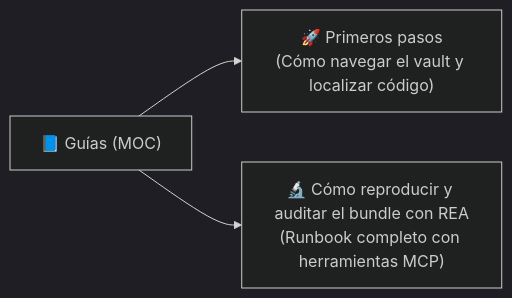
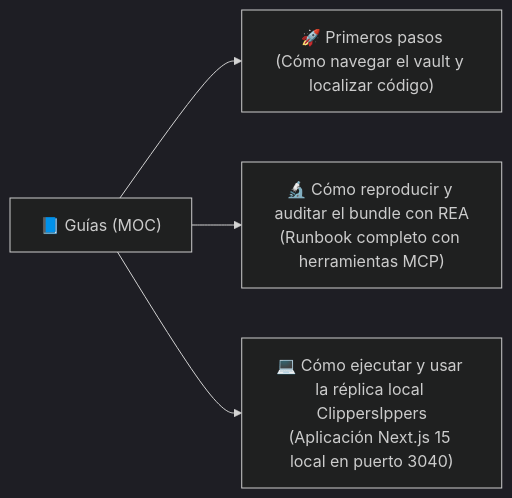
One commit to SebzSGC/Doc-Projects changed the diagram in ClippersIppers/50 - Guías/Guías.md. Above: the diagram before and after it, drawn with Mermaid (dark theme). The commit also changed other lines of this file and 3 other files, not shown here.

First line of the commit message:
docs(clippersippers): agrega guía de la réplica local v1.1.0

````diff
--- a/ClippersIppers/50 - Guías/Guías.md
+++ b/ClippersIppers/50 - Guías/Guías.md
@@ -20,5 +20,6 @@
 ```mermaid
 flowchart LR
     Guias["📘 Guías (MOC)"] --> G1["🚀 Primeros pasos<br/>(Cómo navegar el vault y localizar código)"]
     Guias --> G2["🔬 Cómo reproducir y auditar el bundle con REA<br/>(Runbook completo con herramientas MCP)"]
+    Guias --> G3["💻 Cómo ejecutar y usar la réplica local ClippersIppers<br/>(Aplicación Next.js 15 local en puerto 3040)"]
 ```
````
